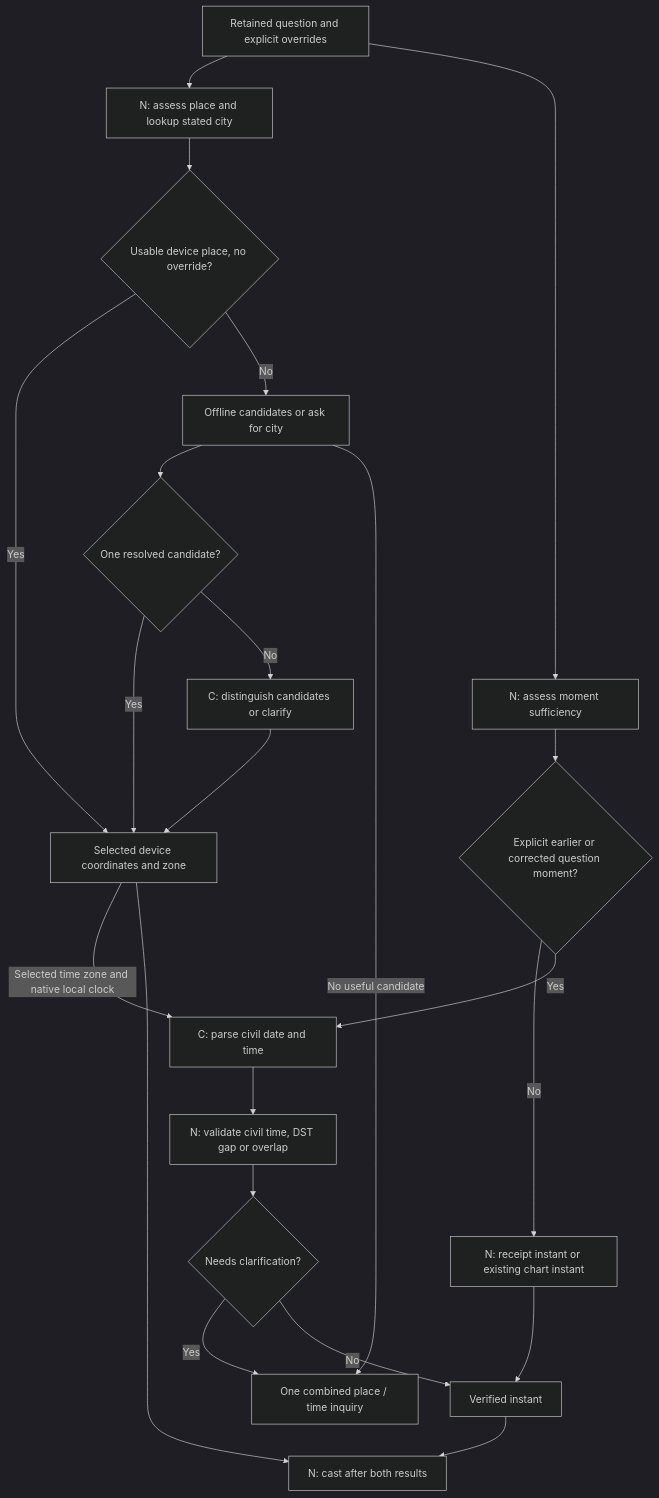
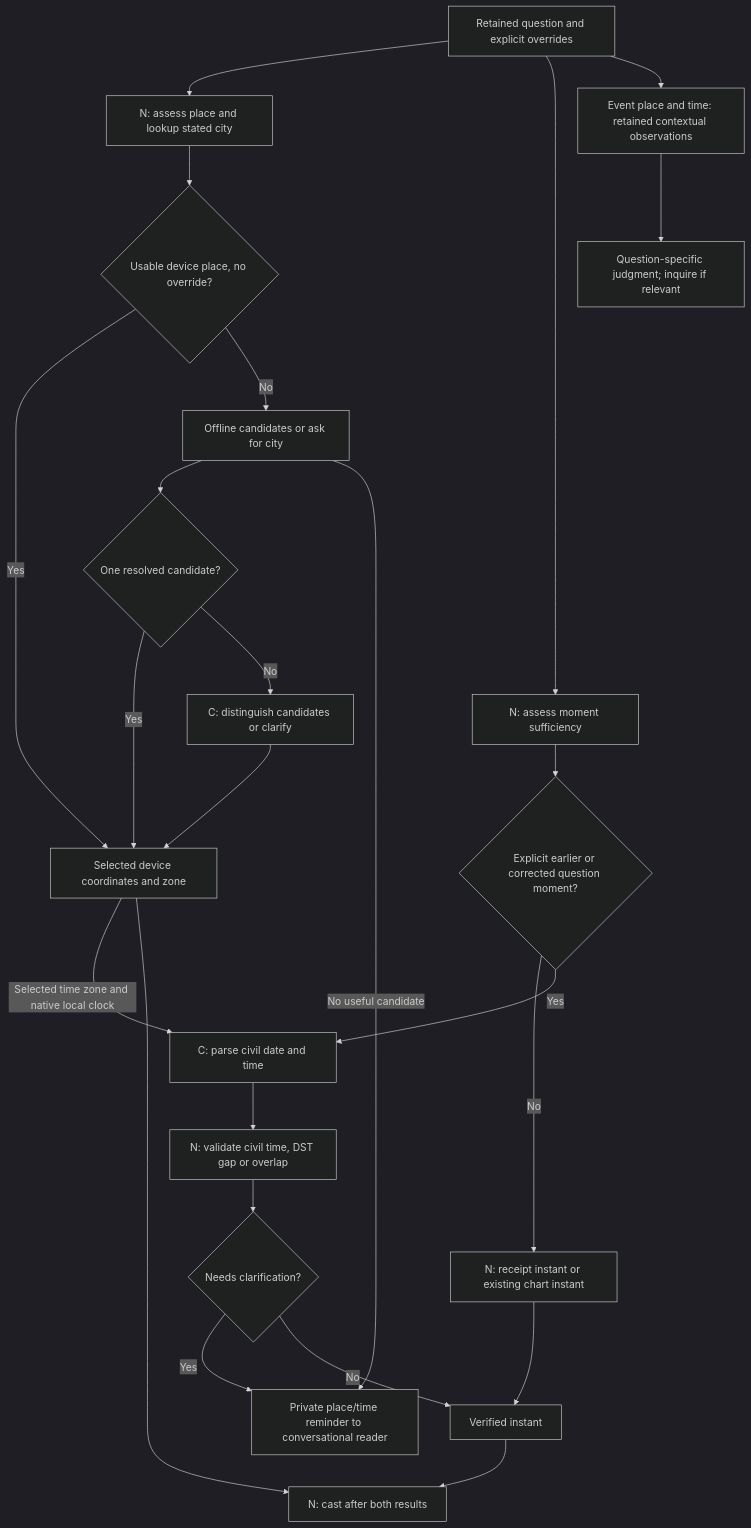
Before and after one commit to delysis/horary-web: the fourth of 5 diagrams in docs/LLM_PROCESS.md, drawn with Mermaid (dark theme). The commit also changed other lines of this file and 32 other files, not shown here.

````diff
--- a/docs/LLM_PROCESS.md
+++ b/docs/LLM_PROCESS.md
@@ -129,24 +142,26 @@
 ```mermaid
 flowchart TB
   intake["Retained question and explicit overrides"] --> placecheck["N: assess place and lookup stated city"]
   intake --> timecheck["N: assess moment sufficiency"]
   placecheck --> device{"Usable device place, no override?"}
   device -->|Yes| place["Selected device coordinates and zone"]
   device -->|No| geocode["Offline candidates or ask for city"]
   geocode --> unique{"One resolved candidate?"}
   unique -->|Yes| place
   unique -->|No| choose["C: distinguish candidates or clarify"]
   choose --> place
   timecheck --> supplied{"Explicit earlier or corrected question moment?"}
   supplied -->|No| recorded["N: receipt instant or existing chart instant"]
   supplied -->|Yes| civil["C: parse civil date and time"]
   place -->|Selected time zone and native local clock| civil
   civil --> resolve["N: validate civil time, DST gap or overlap"]
   resolve --> ambiguous{"Needs clarification?"}
-  ambiguous -->|Yes| ask["One combined place / time inquiry"]
+  ambiguous -->|Yes| ask["Private place/time reminder to conversational reader"]
   geocode -->|No useful candidate| ask
   ambiguous -->|No| moment["Verified instant"]
   recorded --> moment
   place --> cast["N: cast after both results"]
   moment --> cast
+  intake --> event["Event place and time: retained contextual observations"]
+  event --> interpretation["Question-specific judgment; inquire if relevant"]
 ```
````
